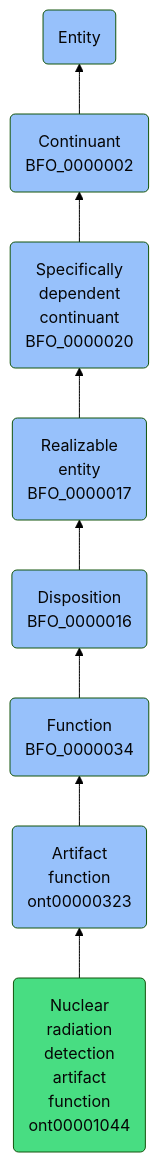
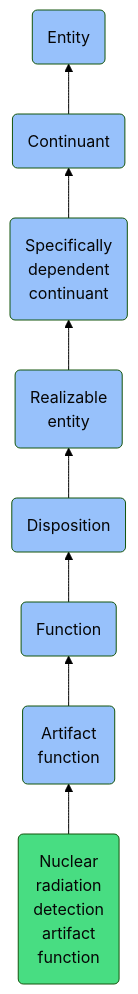
One commit to jupyter-naas/abi changed the diagram in docs/ontology/reference/model/Entity/Continuant/Specifically dependent continuant/Realizable entity/Disposition/Function/Artifact function/Nuclear radiation detection artifact function/Nuclear radiation detection artifact function.md. Above: the diagram before and after it, drawn with Mermaid (forest theme). The commit also changed other lines of this file and 1430 other files, not shown here.

````diff
--- a/docs/ontology/reference/model/Entity/Continuant/Specifically dependent continuant/Realizable entity/Disposition/Function/Artifact function/Nuclear radiation detection artifact function/Nuclear radiation detection artifact function.md
+++ b/docs/ontology/reference/model/Entity/Continuant/Specifically dependent continuant/Realizable entity/Disposition/Function/Artifact function/Nuclear radiation detection artifact function/Nuclear radiation detection artifact function.md
@@ -24,15 +24,15 @@
 ```mermaid
 graph BT
-    ont00001044(Nuclear<br>radiation<br>detection<br>artifact<br>function<br>ont00001044):::ABI-->ont00000323
-    ont00000323(Artifact<br>function<br>ont00000323):::BFO-->BFO_0000034
-    BFO_0000034(Function<br>BFO_0000034):::BFO-->BFO_0000016
-    BFO_0000016(Disposition<br>BFO_0000016):::BFO-->BFO_0000017
-    BFO_0000017(Realizable<br>entity<br>BFO_0000017):::BFO-->BFO_0000020
-    BFO_0000020(Specifically<br>dependent<br>continuant<br>BFO_0000020):::BFO-->BFO_0000002
-    BFO_0000002(Continuant<br>BFO_0000002):::BFO-->BFO_0000001
+    ont00001044(Nuclear<br>radiation<br>detection<br>artifact<br>function):::ABI-->ont00000323
+    ont00000323(Artifact<br>function):::BFO-->BFO_0000034
+    BFO_0000034(Function):::BFO-->BFO_0000016
+    BFO_0000016(Disposition):::BFO-->BFO_0000017
+    BFO_0000017(Realizable<br>entity):::BFO-->BFO_0000020
+    BFO_0000020(Specifically<br>dependent<br>continuant):::BFO-->BFO_0000002
+    BFO_0000002(Continuant):::BFO-->BFO_0000001
     BFO_0000001(Entity):::BFO
     
     classDef BFO fill:#97c1fb,color:#060606
     classDef CCO fill:#e4c51e,color:#060606
     classDef ABI fill:#48DD82,color:#060606
 ```
````
